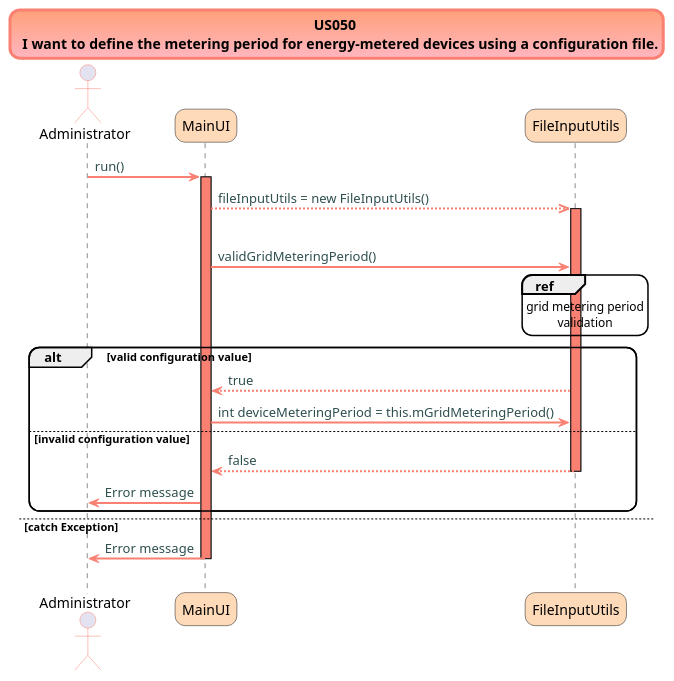
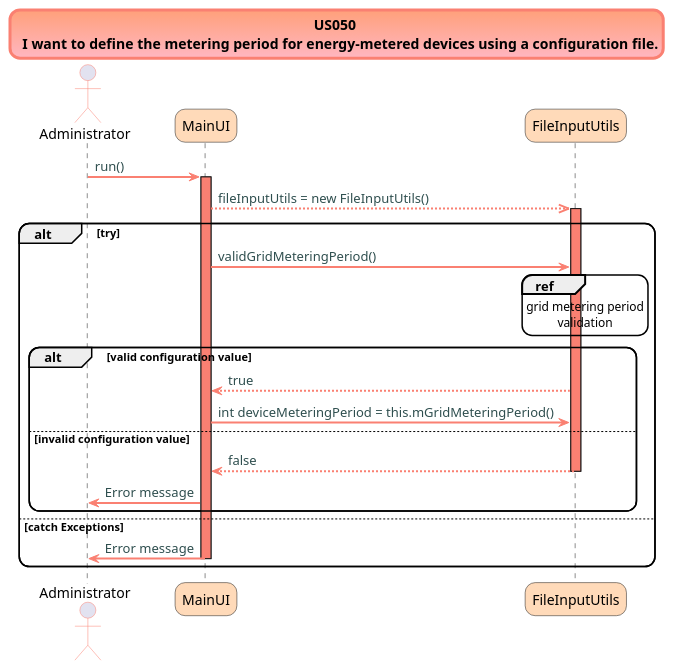
One commit to Almadanmp/project changed the diagram in uml/US50/US050.puml. Above: the diagram before and after it, drawn with PlantUML.

Commit message:
Ref #98 UML sequence diagram typo fixed

```diff
--- a/uml/US50/US050.puml
+++ b/uml/US50/US050.puml
@@ -1,61 +1,61 @@
 @startuml
 
 skinparam titleBorderRoundCorner 25
 skinparam titleBorderThickness 3
 skinparam titleBorderColor salmon
 skinparam titleBackgroundColor lightsalmon-lightpink
 skinparam FontName Verdana
 
 title US050 \n  I want to define the metering period for energy-metered devices using a configuration file.
 
 skinparam actor {
 	BorderColor salmon
 	}
 
 skinparam sequence {
 	LifeLineBackgroundColor salmon
 	ParticipantBackgroundColor PeachPuff
 }
 
 skinparam roundcorner 20
 
 skinparam component {
   arrowThickness 2
   ArrowFontName Verdana
   ArrowColor salmon
   ArrowFontColor darkslategrey
 }
 
 actor Administrator
 Administrator -> MainUI:run()
 activate MainUI
 MainUI -->> FileInputUtils: fileInputUtils = new FileInputUtils()
 activate FileInputUtils
 
 alt try
 MainUI -> FileInputUtils: validGridMeteringPeriod()
 
 ref over FileInputUtils
 grid metering period
 validation
 end ref
 
 alt valid configuration value
 FileInputUtils --> MainUI: true
 MainUI -> FileInputUtils: int deviceMeteringPeriod = this.mGridMeteringPeriod()
 
 else invalid configuration value
 FileInputUtils --> MainUI: false
 deactivate FileInputUtils
 MainUI -> Administrator: Error message
 end
 
 
-else catch Exception
+else catch Exceptions
 MainUI -> Administrator: Error message
-else catch NumberFormatException
+
 deactivate MainUI
 
 
-
+end
 @enduml
```
